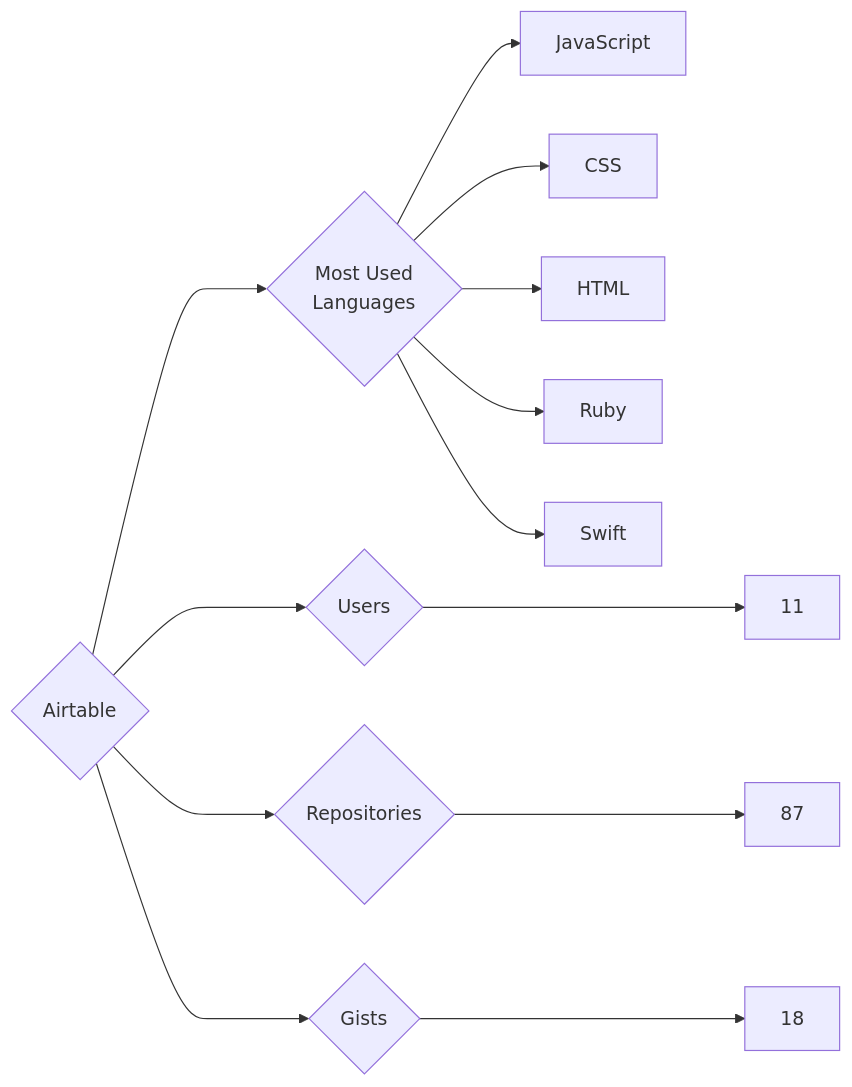
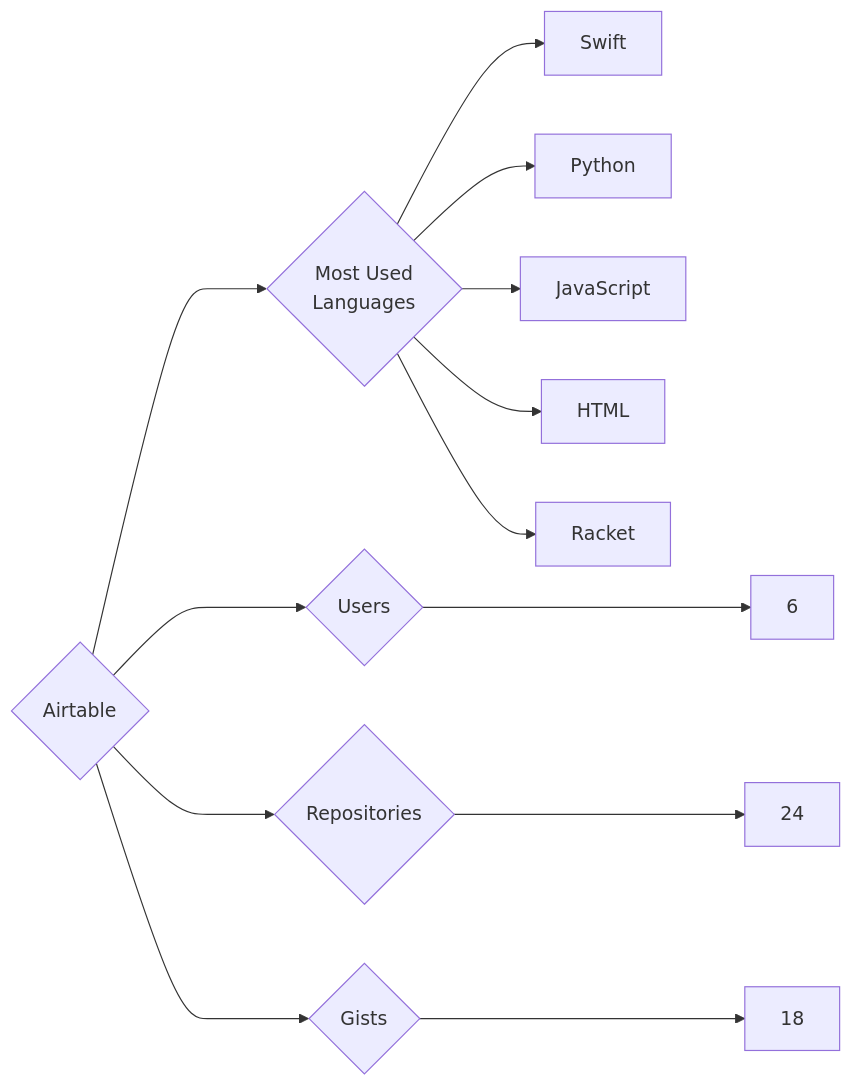
Before and after one commit to trickest/insiders: the diagram in targets/Airtable/README.md, drawn with Mermaid. The commit also changed 1003 other files, not shown here.

````diff
--- a/targets/Airtable/README.md
+++ b/targets/Airtable/README.md
@@ -3,13 +3,13 @@
 ```mermaid
 graph LR
 COMPANY_NAME{Airtable}
-COMPANY_NAME ---> U{Users} ---> UN[11]
-COMPANY_NAME ---> R{Repositories} ---> RN[87]
+COMPANY_NAME ---> U{Users} ---> UN[6]
+COMPANY_NAME ---> R{Repositories} ---> RN[24]
 COMPANY_NAME ---> G{Gists} ---> GN[18]
 COMPANY_NAME ---> ML{Most Used<br>Languages}
+ML --> Swift[Swift]
+ML --> Python[Python]
 ML --> JavaScript[JavaScript]
-ML --> CSS[CSS]
 ML --> HTML[HTML]
-ML --> Ruby[Ruby]
-ML --> Swift[Swift]
+ML --> Racket[Racket]
 ```
````
